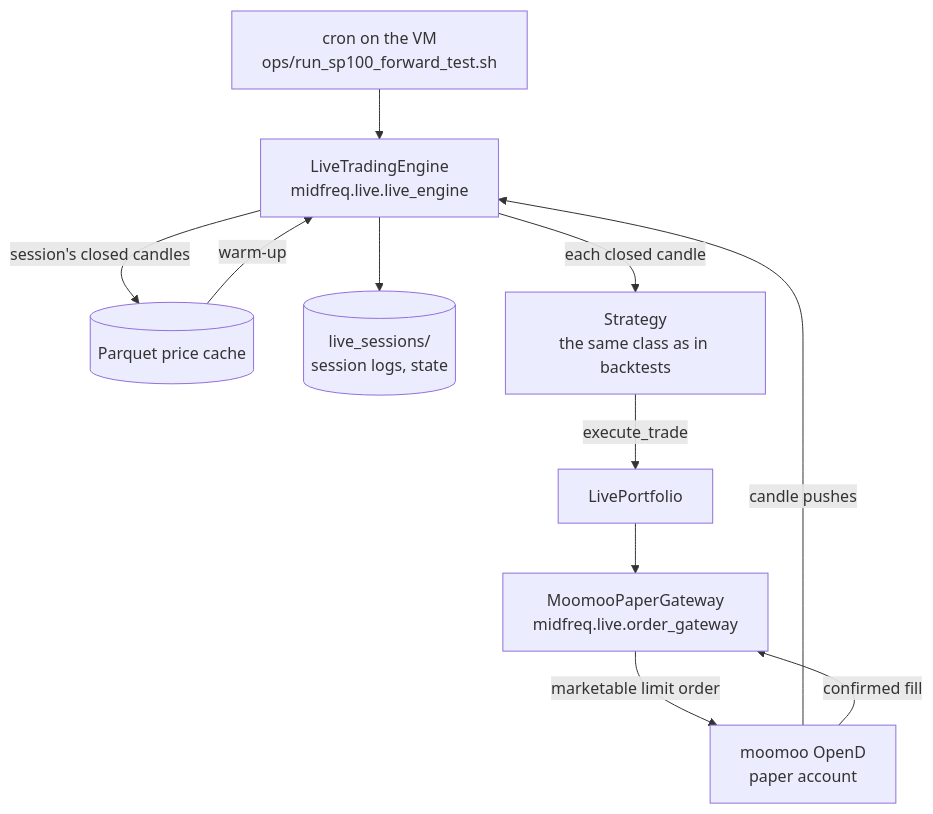
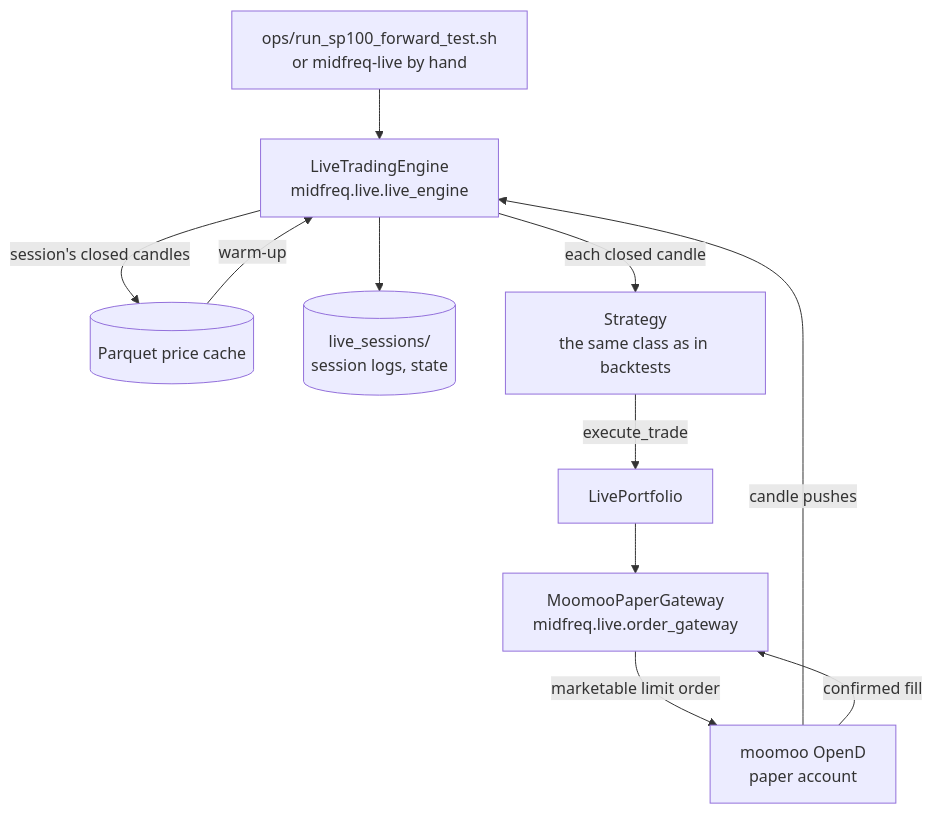
One commit to JacksonSeowJX/midfreq-trading-bot changed the diagram in site_docs/concepts/live_trading.md. Above: the diagram before and after it, drawn with Mermaid. The commit also changed other lines of this file and 25 other files, not shown here.

Commit message:
Site: the trading node, the connectors' execution side and streams, the two live paths, and releases with the node's startup checks and the test suite's counts

````diff
--- a/site_docs/concepts/live_trading.md
+++ b/site_docs/concepts/live_trading.md
@@ -9,21 +25,21 @@
 ```mermaid
 flowchart TB
-    cron["cron on the VM<br/>ops/run_sp100_forward_test.sh"]
+    launcher["ops/run_sp100_forward_test.sh<br/>or midfreq-live by hand"]
     opend["moomoo OpenD<br/>paper account"]
     engine["LiveTradingEngine<br/>midfreq.live.live_engine"]
     cache[("Parquet price cache")]
     logs[("live_sessions/<br/>session logs, state")]
     strategy["Strategy<br/>the same class as in backtests"]
     portfolio["LivePortfolio"]
     gateway["MoomooPaperGateway<br/>midfreq.live.order_gateway"]
 
-    cron --> engine
+    launcher --> engine
     opend -- "candle pushes" --> engine
     cache -- "warm-up" --> engine
     engine -- "session's closed candles" --> cache
     engine --> logs
     engine -- "each closed candle" --> strategy
     strategy -- "execute_trade" --> portfolio --> gateway
     gateway -- "marketable limit order" --> opend
     opend -- "confirmed fill" --> gateway
 ```
````
